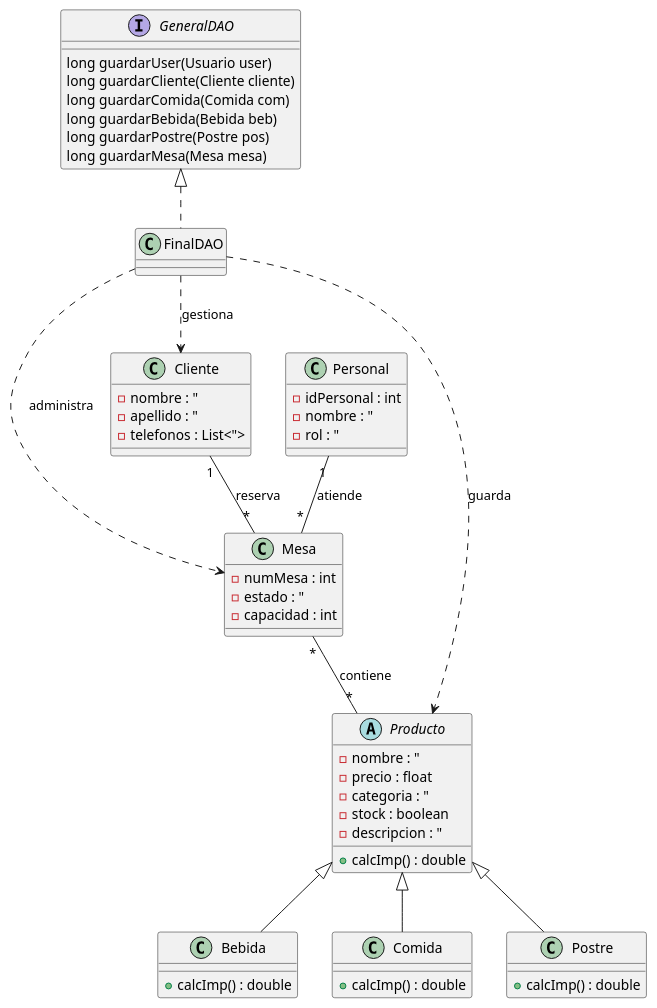
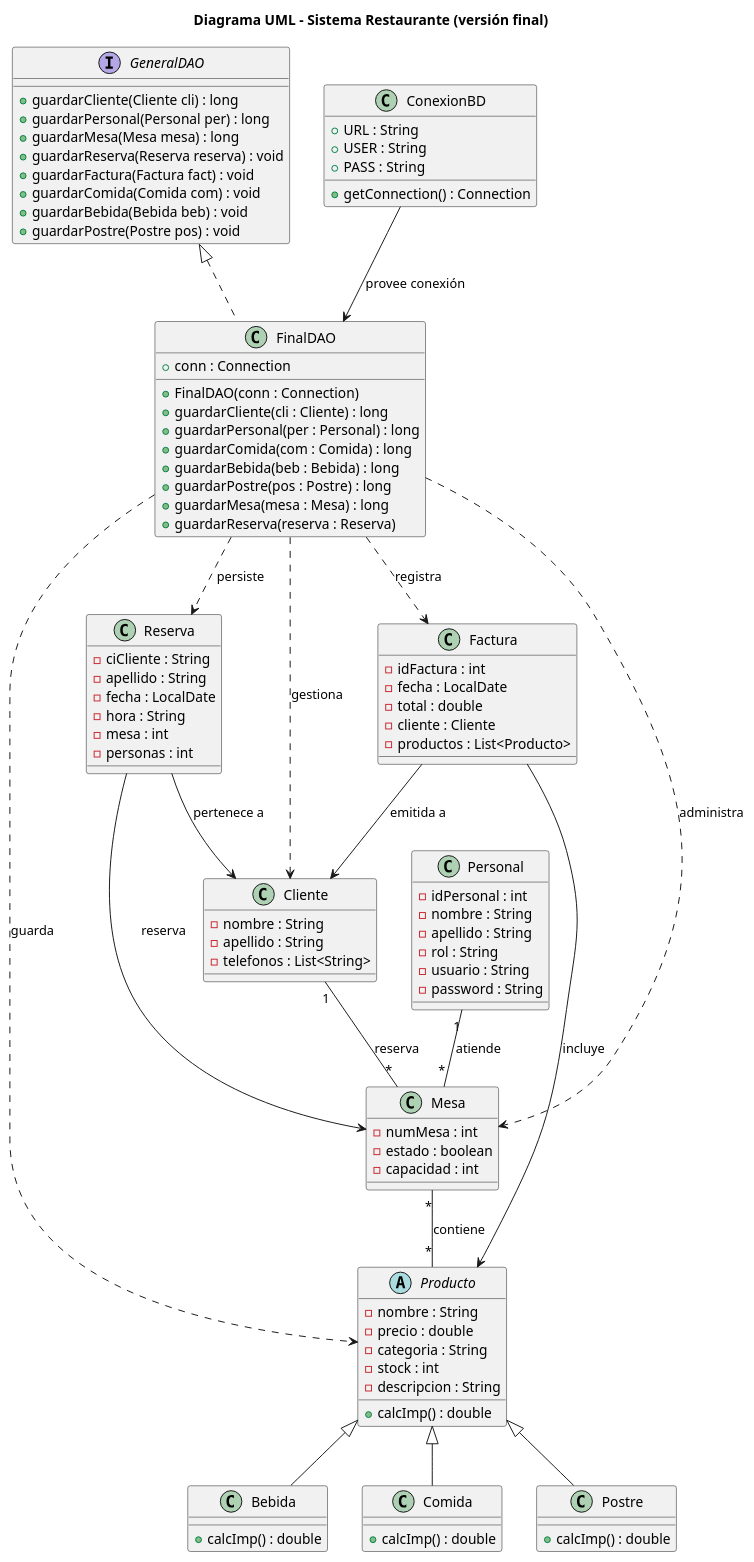
Before and after one commit to MrLuksR/Proyecto-Final-Restaurante: the diagram in src/Diagrama UML.puml, drawn with PlantUML.

Commit message:
refactor: se agregaron clases faltantes y relaciones en el uml, además de mejorar su legibilidad y visualización

```diff
--- a/src/Diagrama UML.puml
+++ b/src/Diagrama UML.puml
@@ -1,61 +1,114 @@
 @startuml
+title Diagrama UML - Sistema Restaurante (versión final)
 
-interface GeneralDAO{
-    long guardarUser(Usuario user)
-    long guardarCliente(Cliente cliente)
-    long guardarComida(Comida com)
-    long guardarBebida(Bebida beb)
-    long guardarPostre(Postre pos)
-    long guardarMesa(Mesa mesa)
+interface GeneralDAO {
+    + guardarCliente(Cliente cli) : long
+    + guardarPersonal(Personal per) : long
+    + guardarMesa(Mesa mesa) : long
+    + guardarReserva(Reserva reserva) : void
+    + guardarFactura(Factura fact) : void
+    + guardarComida(Comida com) : void
+    + guardarBebida(Bebida beb) : void
+    + guardarPostre(Postre pos) : void
 }
 
-class FinalDAO implements GeneralDAO{}
+class FinalDAO {
+    + conn : Connection
+    + FinalDAO(conn : Connection)
+    + guardarCliente(cli : Cliente) : long
+    + guardarPersonal(per : Personal) : long
+    + guardarComida(com : Comida) : long
+    + guardarBebida(beb : Bebida) : long
+    + guardarPostre(pos : Postre) : long
+    + guardarMesa(mesa : Mesa) : long
+    + guardarReserva(reserva : Reserva)
+}
+
+class ConexionBD {
+    + URL : String
+    + USER : String
+    + PASS : String
+    + getConnection() : Connection
+}
 
 class Cliente {
-    - nombre : "
-    - apellido : "
-    - telefonos : List<">
+    - nombre : String
+    - apellido : String
+    - telefonos : List<String>
 }
 
 class Mesa {
     - numMesa : int
-    - estado : "
+    - estado : boolean
     - capacidad : int
 }
 
 class Personal {
     - idPersonal : int
-    - nombre : "
-    - rol : "
+    - nombre : String
+    - apellido : String
+    - rol : String
+    - usuario : String
+    - password : String
 }
 
 abstract class Producto {
-    - nombre : "
-    - precio : float
-    - categoria : "
-    - stock : boolean
-    - descripcion : "
+    - nombre : String
+    - precio : double
+    - categoria : String
+    - stock : int
+    - descripcion : String
     + calcImp() : double
 }
 
-class Bebida extends Producto{
+class Bebida {
     + calcImp() : double
 }
 
-class Comida extends Producto{
+class Comida {
     + calcImp() : double
 }
 
-class Postre extends Producto{
+class Postre {
     + calcImp() : double
 }
 
-' ==== RELACIONES ====
+class Reserva {
+    - ciCliente : String
+    - apellido : String
+    - fecha : LocalDate
+    - hora : String
+    - mesa : int
+    - personas : int
+}
+
+class Factura {
+    - idFactura : int
+    - fecha : LocalDate
+    - total : double
+    - cliente : Cliente
+    - productos : List<Producto>
+}
+
+GeneralDAO <|.. FinalDAO
+Producto <|-- Bebida
+Producto <|-- Comida
+Producto <|-- Postre
+
+ConexionBD --> FinalDAO : provee conexión
 FinalDAO ..> Cliente : gestiona
 FinalDAO ..> Mesa : administra
 FinalDAO ..> Producto : guarda
+FinalDAO ..> Reserva : persiste
+FinalDAO ..> Factura : registra
+
+Reserva --> Cliente : pertenece a
+Reserva --> Mesa : reserva
+
+Factura --> Cliente : emitida a
+Factura --> Producto : incluye
 
 Cliente "1" -- "*" Mesa : reserva
 Personal "1" -- "*" Mesa : atiende
 Mesa "*" -- "*" Producto : contiene
 @enduml
```
